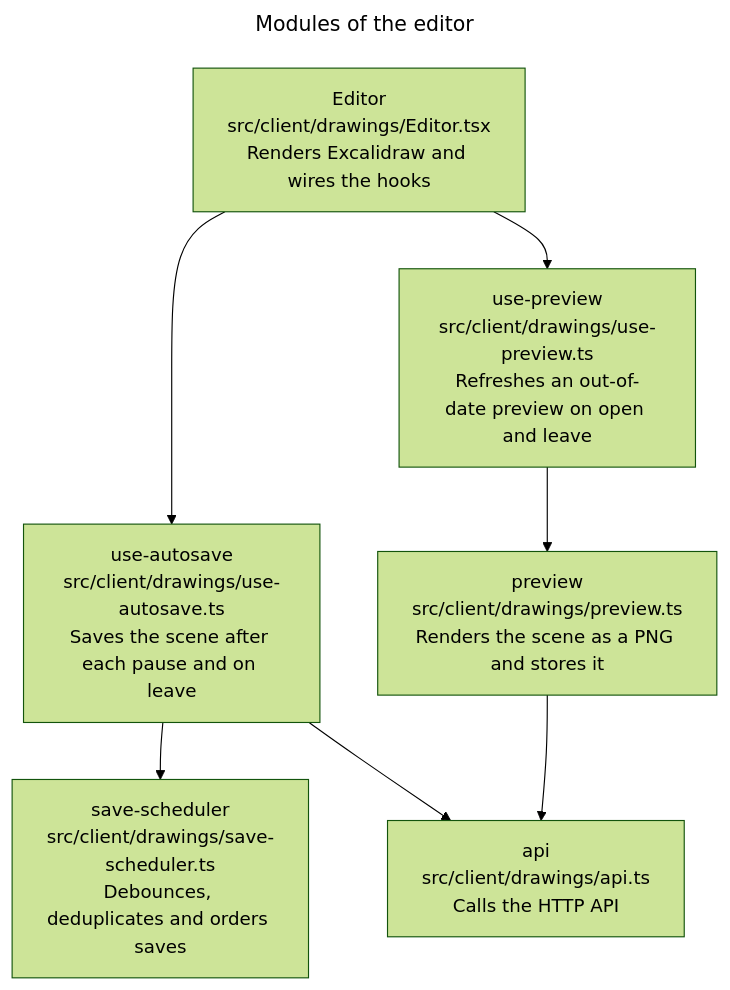
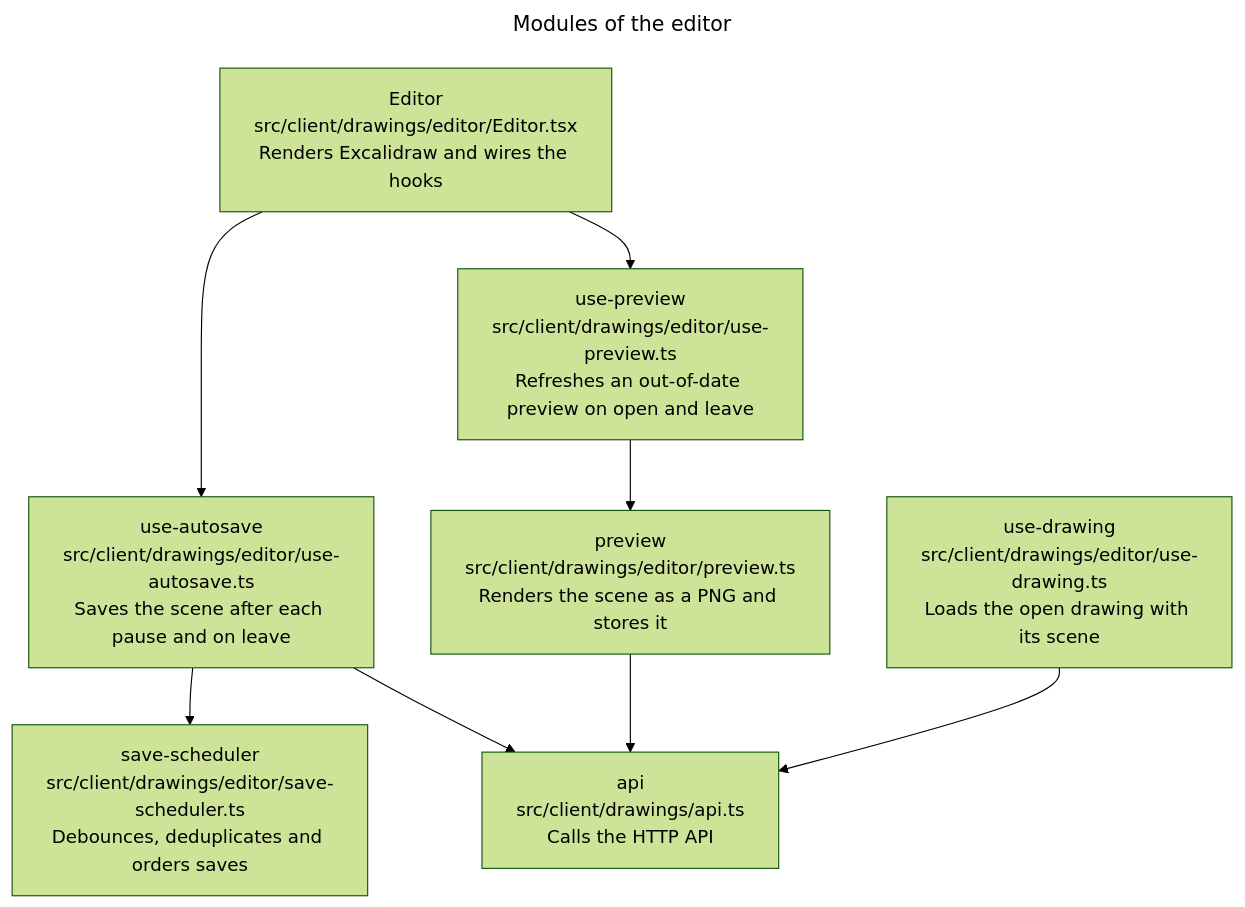
Before and after one commit to remshams/excalidraw-dashboard: the sixth of 10 diagrams in docs/architecture/architecture.md, drawn with Mermaid (forest theme). The commit also changed other lines of this file and 1 other file, not shown here.

Commit message:
docs(Architecture): describe the editor and catalog modules

````diff
--- a/docs/architecture/architecture.md
+++ b/docs/architecture/architecture.md
@@ -141,16 +140,18 @@
 ```mermaid
 ---
 title: Modules of the editor
 ---
 flowchart TD
-    editor["Editor<br>src/client/drawings/Editor.tsx<br>Renders Excalidraw and wires the hooks"]:::module
-    autosave["use-autosave<br>src/client/drawings/use-autosave.ts<br>Saves the scene after each pause and on leave"]:::module
-    scheduler["save-scheduler<br>src/client/drawings/save-scheduler.ts<br>Debounces, deduplicates and orders saves"]:::module
-    usePreview["use-preview<br>src/client/drawings/use-preview.ts<br>Refreshes an out-of-date preview on open and leave"]:::module
-    preview["preview<br>src/client/drawings/preview.ts<br>Renders the scene as a PNG and stores it"]:::module
+    drawing["use-drawing<br>src/client/drawings/editor/use-drawing.ts<br>Loads the open drawing with its scene"]:::module
+    editor["Editor<br>src/client/drawings/editor/Editor.tsx<br>Renders Excalidraw and wires the hooks"]:::module
+    autosave["use-autosave<br>src/client/drawings/editor/use-autosave.ts<br>Saves the scene after each pause and on leave"]:::module
+    scheduler["save-scheduler<br>src/client/drawings/editor/save-scheduler.ts<br>Debounces, deduplicates and orders saves"]:::module
+    usePreview["use-preview<br>src/client/drawings/editor/use-preview.ts<br>Refreshes an out-of-date preview on open and leave"]:::module
+    preview["preview<br>src/client/drawings/editor/preview.ts<br>Renders the scene as a PNG and stores it"]:::module
     api["api<br>src/client/drawings/api.ts<br>Calls the HTTP API"]:::module
     editor --> autosave & usePreview
     autosave --> scheduler & api
     usePreview --> preview
     preview --> api
+    drawing --> api
 ```
````
